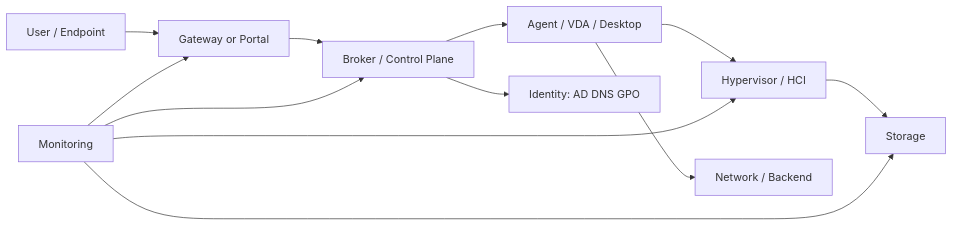
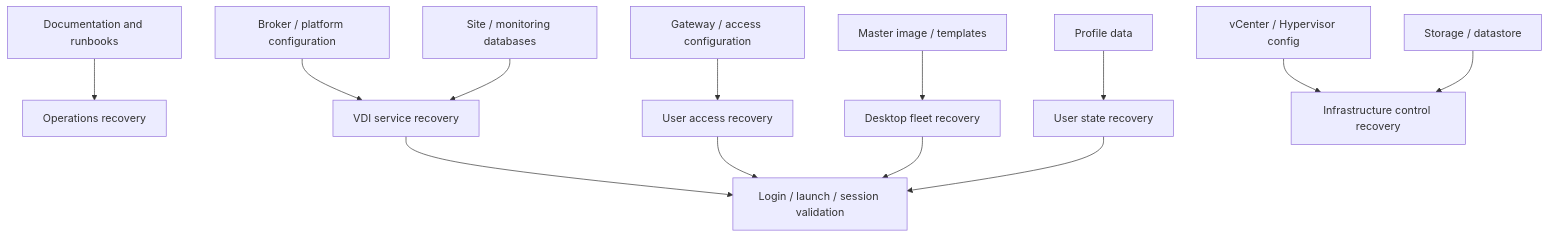
Before and after one commit to dongphongtieungao/vdi-training: the diagram in wiki/topics/22_VDI_Backup_and_Recovery_Guide.md, drawn with Mermaid. The commit also changed other lines of this file and 17 other files, not shown here.

Commit message:
Refactor wiki schema and update training pages

````diff
--- a/wiki/topics/22_VDI_Backup_and_Recovery_Guide.md
+++ b/wiki/topics/22_VDI_Backup_and_Recovery_Guide.md
@@ -103,14 +76,15 @@
 ```mermaid
-flowchart LR
-  U[User / Endpoint] --> G[Gateway or Portal]
-  G --> B[Broker / Control Plane]
-  B --> A[Agent / VDA / Desktop]
-  B --> I[Identity: AD DNS GPO]
-  A --> H[Hypervisor / HCI]
-  H --> S[Storage]
-  A --> N[Network / Backend]
-  M[Monitoring] --> G
-  M --> B
-  M --> H
-  M --> S
+flowchart TB
+  D["Documentation and runbooks"] --> O["Operations recovery"]
+  C["Broker / platform configuration"] --> V["VDI service recovery"]
+  DB["Site / monitoring databases"] --> V
+  G["Gateway / access configuration"] --> A["User access recovery"]
+  I["Master image / templates"] --> M["Desktop fleet recovery"]
+  P["Profile data"] --> U["User state recovery"]
+  H["vCenter / Hypervisor config"] --> X["Infrastructure control recovery"]
+  S["Storage / datastore"] --> X
+  V --> T["Login / launch / session validation"]
+  A --> T
+  M --> T
+  U --> T
 ```
````
